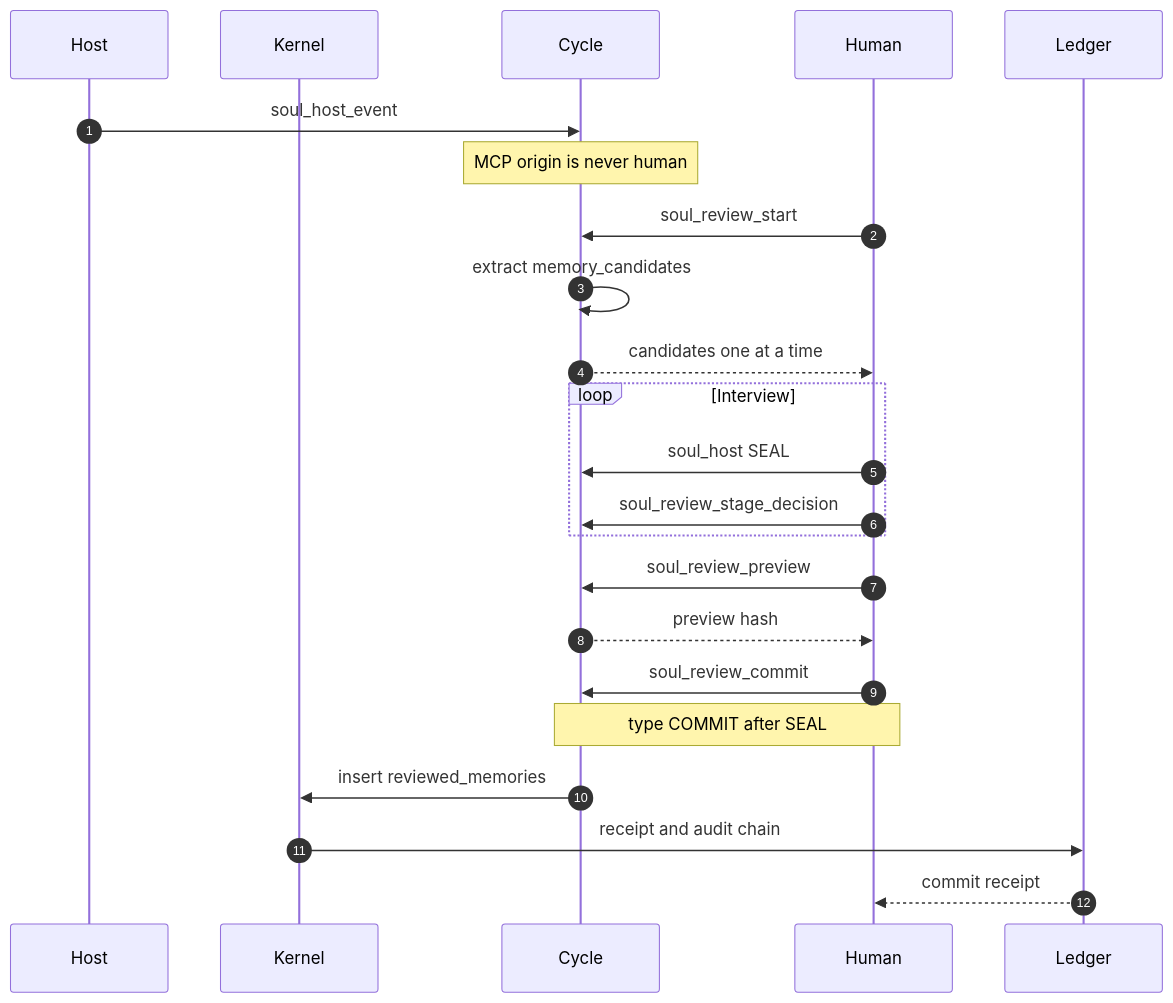
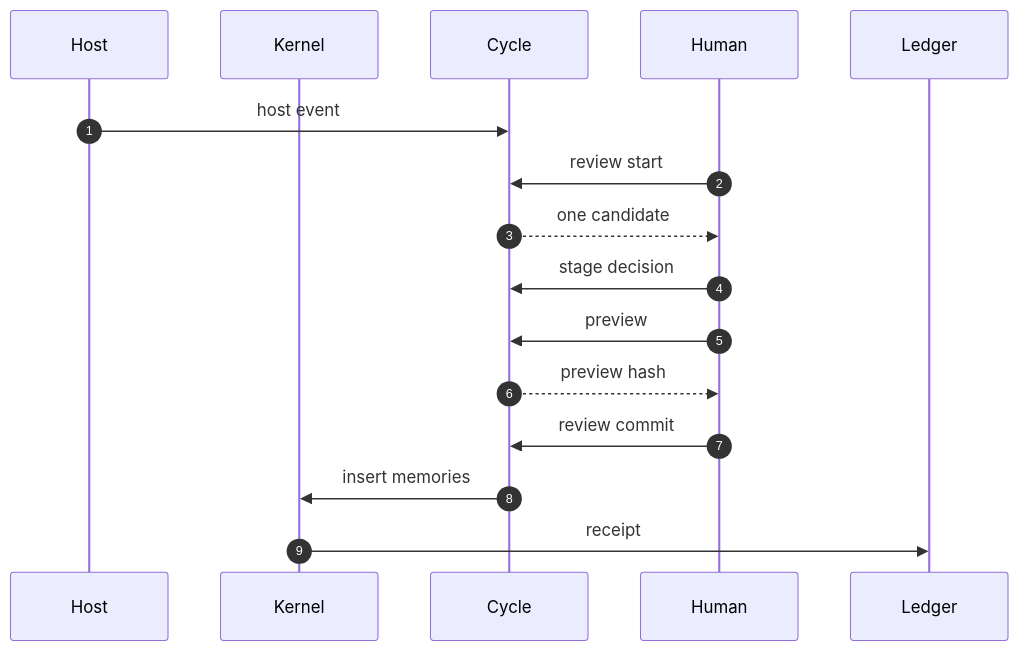
Before and after one commit to Azhonaras/soul-engine: the sixth of 8 diagrams in docs/ARCHITECTURE.md, drawn with Mermaid. The commit also changed other lines of this file and 4 other files, not shown here.

First line of the commit message:
docs: stop Mermaid labels from overlapping on GitHub.

````diff
--- a/docs/ARCHITECTURE.md
+++ b/docs/ARCHITECTURE.md
@@ -406,26 +372,19 @@
 ```mermaid
 sequenceDiagram
     autonumber
     participant Host
     participant Kernel
     participant Cycle
     participant Human
     participant Ledger
 
-    Host->>Cycle: soul_host_event
-    Note over Cycle: MCP origin is never human
-    Human->>Cycle: soul_review_start
-    Cycle->>Cycle: extract memory_candidates
-    Cycle-->>Human: candidates one at a time
-    loop Interview
-        Human->>Cycle: soul_host SEAL
-        Human->>Cycle: soul_review_stage_decision
-    end
-    Human->>Cycle: soul_review_preview
+    Host->>Cycle: host event
+    Human->>Cycle: review start
+    Cycle-->>Human: one candidate
+    Human->>Cycle: stage decision
+    Human->>Cycle: preview
     Cycle-->>Human: preview hash
-    Human->>Cycle: soul_review_commit
-    Note over Human,Cycle: type COMMIT after SEAL
-    Cycle->>Kernel: insert reviewed_memories
-    Kernel->>Ledger: receipt and audit chain
-    Ledger-->>Human: commit receipt
+    Human->>Cycle: review commit
+    Cycle->>Kernel: insert memories
+    Kernel->>Ledger: receipt
 ```
````
